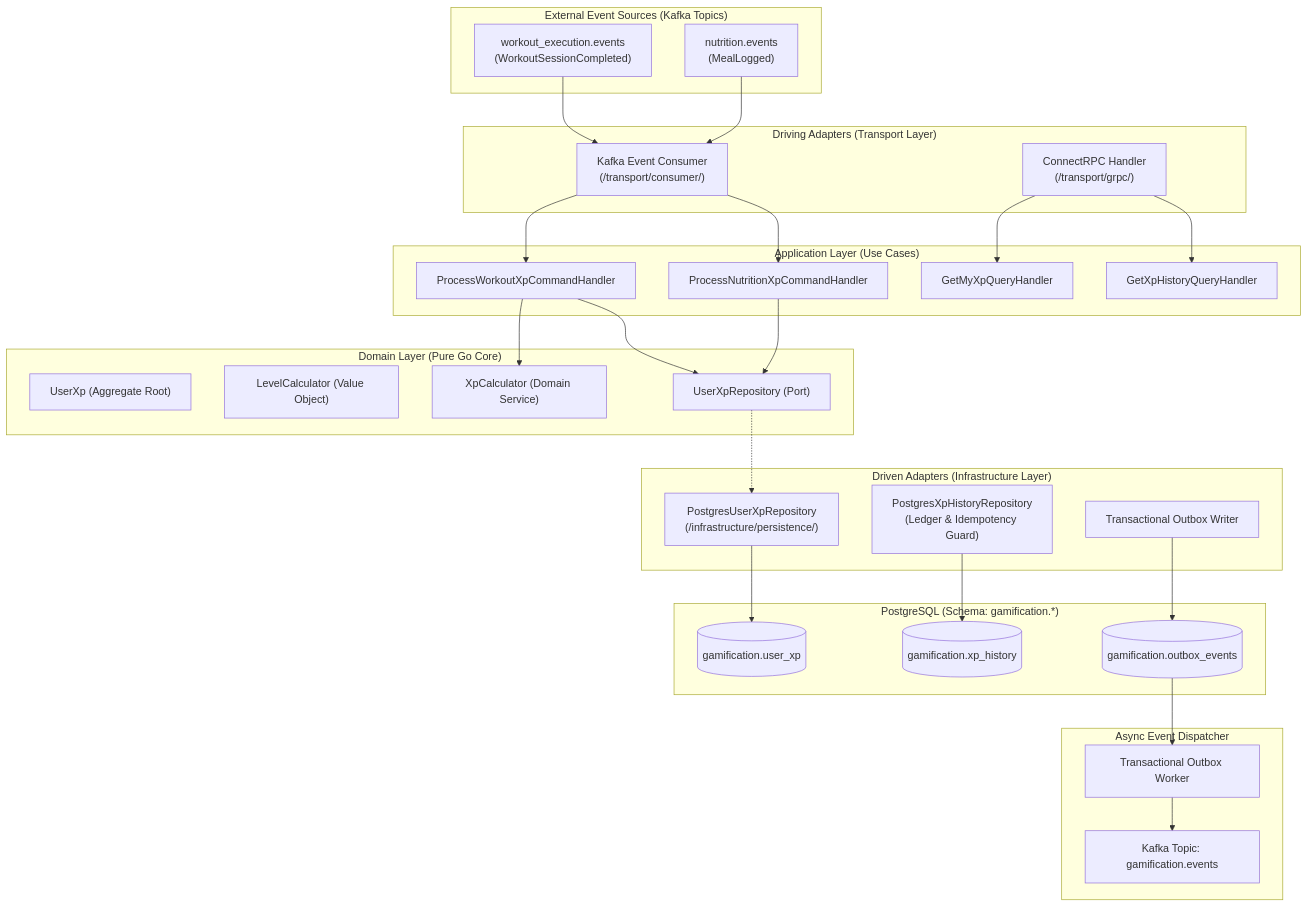
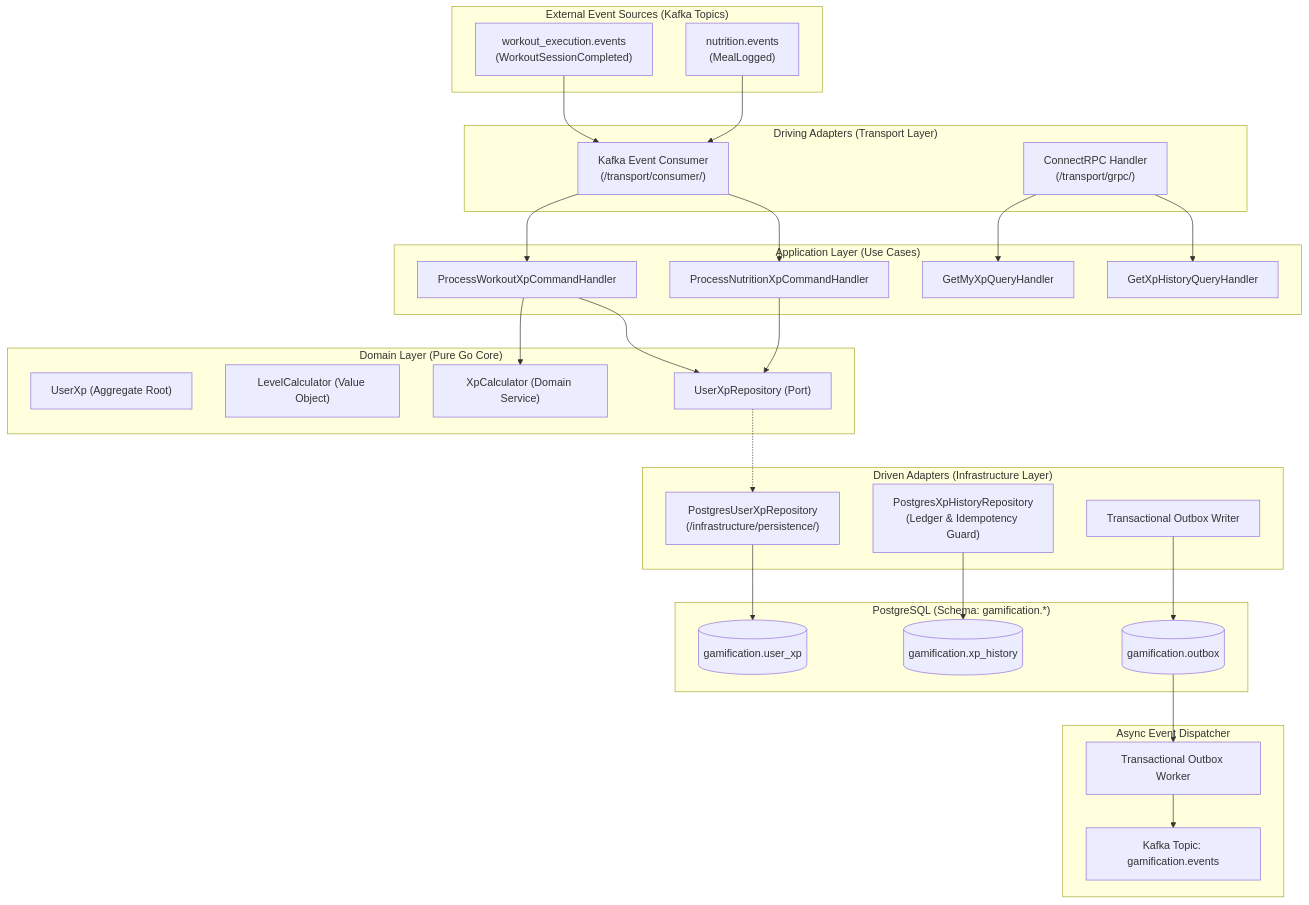
The first of 5 diagrams in internal/gamification/docs/features/xp-and-levels/02-design.md (viethung213/gym-companion), drawn with Mermaid before and after one commit. The commit also changed other lines of this file and 2 other files, not shown here.

Commit message:
docs(gamification): bổ sung đặc tả Transactional Outbox dùng chung toàn module và chuẩn hóa bảng outbox

````diff
--- a/internal/gamification/docs/features/xp-and-levels/02-design.md
+++ b/internal/gamification/docs/features/xp-and-levels/02-design.md
@@ -15,57 +15,57 @@
 ```mermaid
 flowchart TD
     subgraph ExternalSources["External Event Sources (Kafka Topics)"]
         W_EVT["workout_execution.events<br/>(WorkoutSessionCompleted)"]
         N_EVT["nutrition.events<br/>(MealLogged)"]
     end
 
     subgraph DrivingAdapters["Driving Adapters (Transport Layer)"]
         K_CONS["Kafka Event Consumer<br/>(/transport/consumer/)"]
         RPC_SRV["ConnectRPC Handler<br/>(/transport/grpc/)"]
     end
 
     subgraph ApplicationLayer["Application Layer (Use Cases)"]
         CMD_WORKOUT["ProcessWorkoutXpCommandHandler"]
         CMD_NUTRI["ProcessNutritionXpCommandHandler"]
         QRY_MY_XP["GetMyXpQueryHandler"]
         QRY_HIST["GetXpHistoryQueryHandler"]
     end
 
     subgraph DomainLayer["Domain Layer (Pure Go Core)"]
         AGG_XP["UserXp (Aggregate Root)"]
         VO_LEVEL["LevelCalculator (Value Object)"]
         SRV_CALC["XpCalculator (Domain Service)"]
         PORT_REPO["UserXpRepository (Port)"]
     end
 
     subgraph DrivenAdapters["Driven Adapters (Infrastructure Layer)"]
         REPO_XP["PostgresUserXpRepository<br/>(/infrastructure/persistence/)"]
         REPO_HIST["PostgresXpHistoryRepository<br/>(Ledger & Idempotency Guard)"]
         OUTBOX["Transactional Outbox Writer"]
     end
 
     subgraph Database["PostgreSQL (Schema: gamification.*)"]
         DB_XP[("gamification.user_xp")]
         DB_HIST[("gamification.xp_history")]
-        DB_OUTBOX[("gamification.outbox_events")]
+        DB_OUTBOX[("gamification.outbox")]
     end
 
     subgraph Dispatcher["Async Event Dispatcher"]
         WORKER["Transactional Outbox Worker"]
         EVT_BUS["Kafka Topic: gamification.events"]
     end
 
     W_EVT & N_EVT --> K_CONS
     K_CONS --> CMD_WORKOUT & CMD_NUTRI
     RPC_SRV --> QRY_MY_XP & QRY_HIST
 
     CMD_WORKOUT & CMD_NUTRI --> PORT_REPO
     CMD_WORKOUT --> SRV_CALC
     PORT_REPO -.-> REPO_XP
 
     REPO_XP --> DB_XP
     REPO_HIST --> DB_HIST
     OUTBOX --> DB_OUTBOX
 
     DB_OUTBOX --> WORKER --> EVT_BUS
 ```
````
